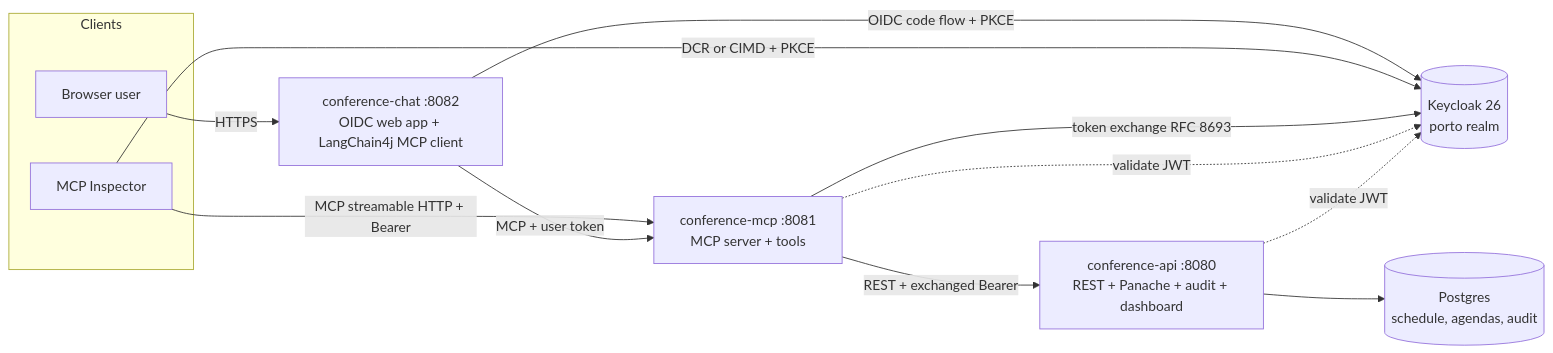
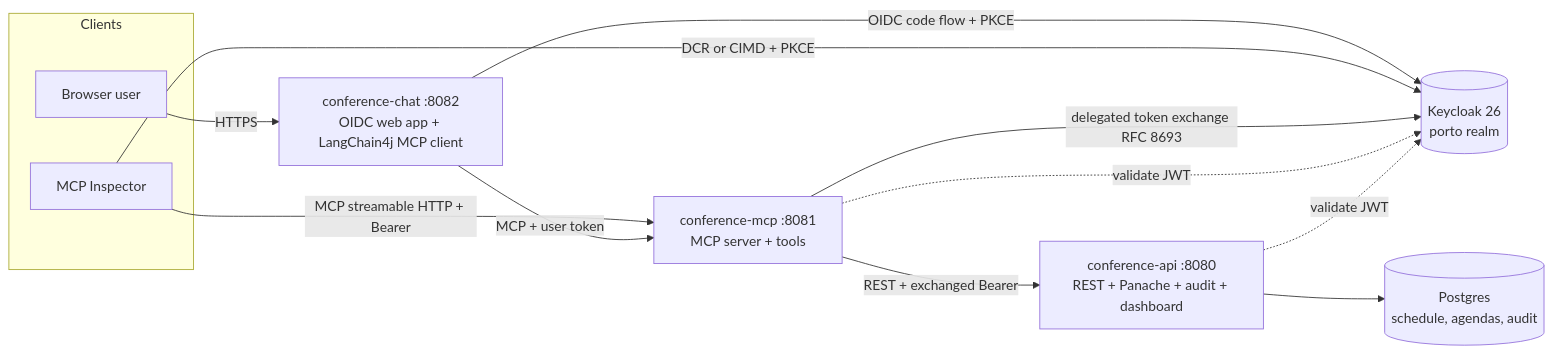
One commit to wjglerum/quarkus-mcp-jfall-2026 changed the first of 2 diagrams in README.md. Above: the diagram before and after it, drawn with Mermaid. The commit also changed other lines of this file and 25 other files, not shown here.

````diff
--- a/README.md
+++ b/README.md
@@ -25,24 +25,24 @@
 ```mermaid
 graph LR
   subgraph clients[Clients]
     USR[Browser user]
     INS[MCP Inspector]
   end
 
   CHAT["conference-chat :8082<br/>OIDC web app + LangChain4j MCP client"]
   MCP["conference-mcp :8081<br/>MCP server + tools"]
   API["conference-api :8080<br/>REST + Panache + audit + dashboard"]
   KC[("Keycloak 26<br/>porto realm")]
   DB[("Postgres<br/>schedule, agendas, audit")]
 
   USR -->|HTTPS| CHAT
   INS -->|MCP streamable HTTP + Bearer| MCP
   CHAT -->|MCP + user token| MCP
   CHAT -->|OIDC code flow + PKCE| KC
   INS -->|DCR or CIMD + PKCE| KC
-  MCP -->|token exchange RFC 8693| KC
+  MCP -->|delegated token exchange RFC 8693| KC
   MCP -->|REST + exchanged Bearer| API
   MCP -.->|validate JWT| KC
   API -.->|validate JWT| KC
   API --> DB
 ```
````
